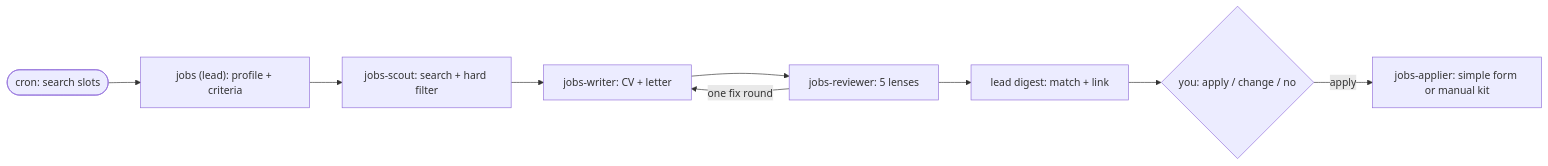
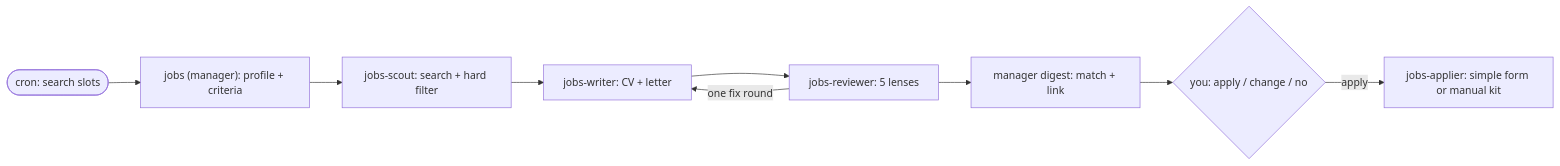
Before and after one commit to PuntoyComaTech/hermes-agent-squads: the third of 4 diagrams in README.md, drawn with Mermaid. The commit also changed other lines of this file and 87 other files, not shown here.

````diff
--- a/README.md
+++ b/README.md
@@ -83,11 +84,11 @@
 ```mermaid
 flowchart LR
-    U([cron: search slots]) --> L["jobs (lead): profile + criteria"]
+    U([cron: search slots]) --> L["jobs (manager): profile + criteria"]
     L --> S["jobs-scout: search + hard filter"]
     S --> W["jobs-writer: CV + letter"]
     W --> R["jobs-reviewer: 5 lenses"]
     R -->|one fix round| W
-    R --> D["lead digest: match + link"]
+    R --> D["manager digest: match + link"]
     D --> A{"you: apply / change / no"}
     A -->|"apply"| J["jobs-applier: simple form or manual kit"]
 ```
````
